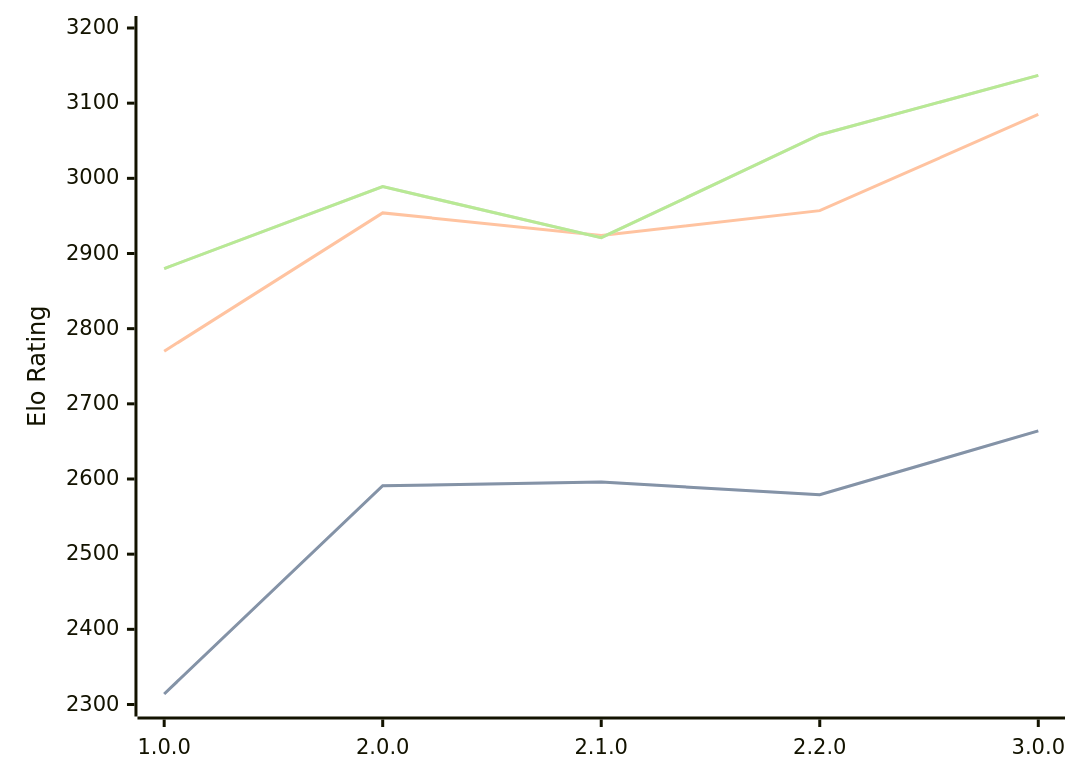
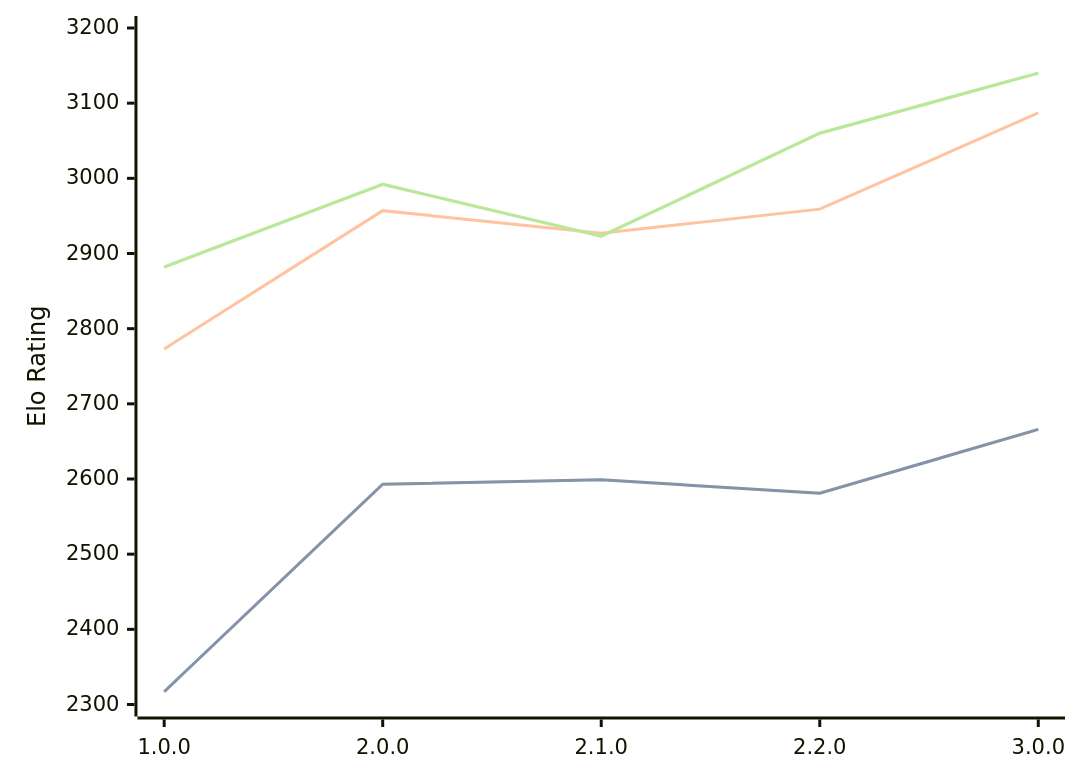
Before and after one commit to computer-chess-index/cci: the diagram in engines/Catalyst.md, drawn with Mermaid. The commit also changed other lines of this file, not shown here.

Commit message:
Update CCI Ratings (ELO VLTC) - 2026-09-24

````diff
--- a/engines/Catalyst.md
+++ b/engines/Catalyst.md
@@ -36,11 +36,11 @@
 ```mermaid
 %%{init: {"theme":"base","themeVariables":{"seriesColors:['#a3a3a3','#222221','#faa371']}}}%%
 xychart-beta
   x-axis ["1.0.0", "2.0.0", "2.1.0", "2.2.0", "3.0.0"]
   y-axis "Elo Rating" 2300 --> 3200
-  line "" [2314, 2591, 2596, 2579, 2664]
-  line "STC (8.0+0.08s)" [2314, 2591, 2596, 2579, 2664]
-  line "LTC (60.0+0.60s)" [2770, 2954, 2924, 2957, 3085]
-  line "" [2880, 2989, 2921, 3058, 3137]
-  line "VLTC (2m24s+1.12s)" [2880, 2989, 2921, 3058, 3137]
+  line "" [2317, 2593, 2599, 2581, 2666]
+  line "STC (8.0+0.08s)" [2317, 2593, 2599, 2581, 2666]
+  line "LTC (60.0+0.60s)" [2773, 2957, 2927, 2959, 3087]
+  line "" [2882, 2992, 2923, 3060, 3140]
+  line "VLTC (2m24s+1.12s)" [2882, 2992, 2923, 3060, 3140]
 ```
````
